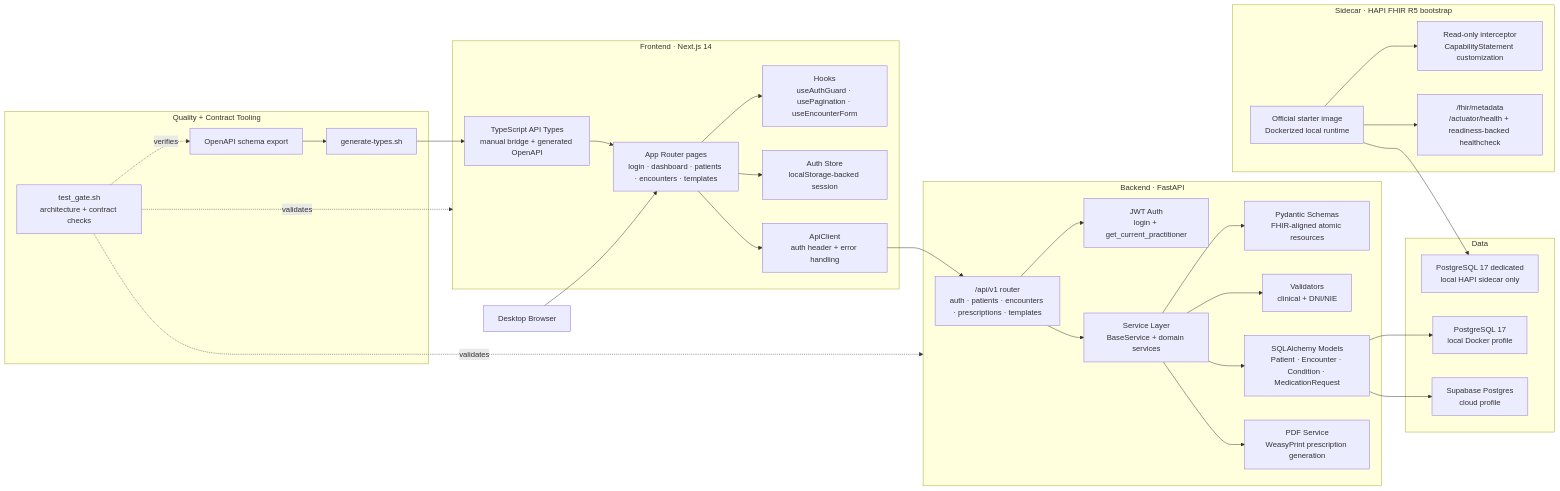
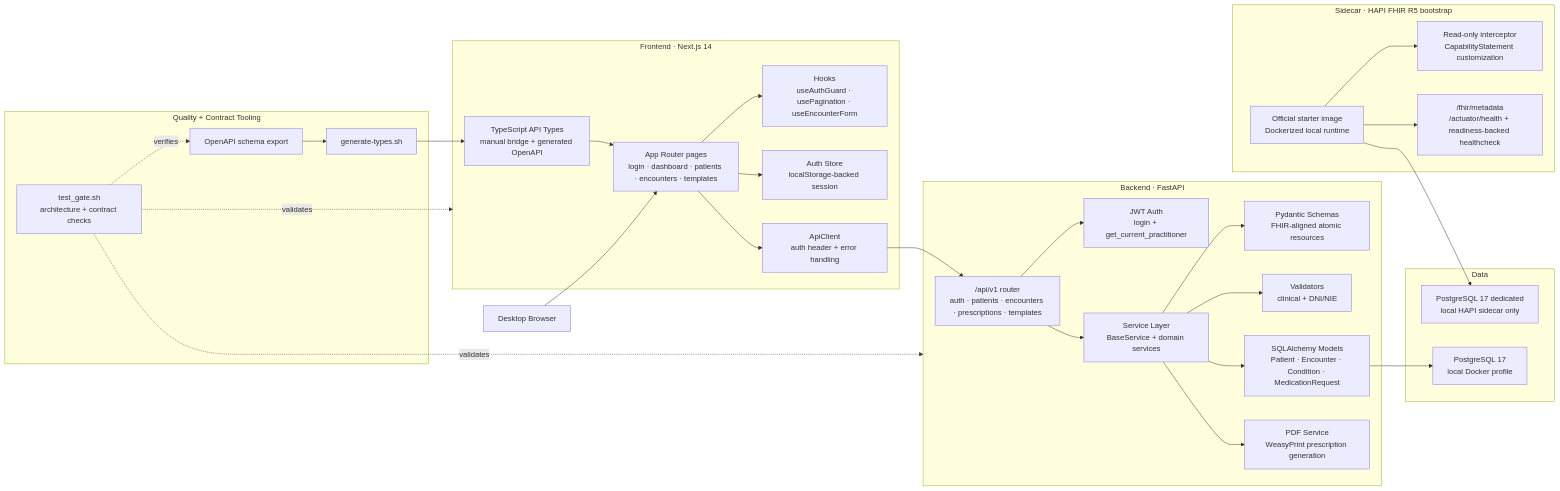
One commit to AIOjPINEDA/EHR_Local changed the second of 2 diagrams in docs/architecture/overview.md. Above: the diagram before and after it, drawn with Mermaid. The commit also changed other lines of this file and 30 other files, not shown here.

````diff
--- a/docs/architecture/overview.md
+++ b/docs/architecture/overview.md
@@ -46,65 +44,63 @@
 ```mermaid
 flowchart LR
     Browser["Desktop Browser"]
 
     subgraph Frontend["Frontend · Next.js 14"]
         Pages["App Router pages\nlogin · dashboard · patients · encounters · templates"]
         Hooks["Hooks\nuseAuthGuard · usePagination · useEncounterForm"]
         Store["Auth Store\nlocalStorage-backed session"]
         ApiClient["ApiClient\nauth header + error handling"]
         Types["TypeScript API Types\nmanual bridge + generated OpenAPI"]
     end
 
     subgraph Backend["Backend · FastAPI"]
         Router["/api/v1 router\nauth · patients · encounters · prescriptions · templates"]
         Auth["JWT Auth\nlogin + get_current_practitioner"]
         Services["Service Layer\nBaseService + domain services"]
         Schemas["Pydantic Schemas\nFHIR-aligned atomic resources"]
         Models["SQLAlchemy Models\nPatient · Encounter · Condition · MedicationRequest"]
         Validators["Validators\nclinical + DNI/NIE"]
         PdfService["PDF Service\nWeasyPrint prescription generation"]
     end
 
     subgraph Sidecar["Sidecar · HAPI FHIR R5 bootstrap"]
         Starter["Official starter image\nDockerized local runtime"]
         Overlay["Read-only interceptor\nCapabilityStatement customization"]
         Ops["/fhir/metadata\n/actuator/health + readiness-backed healthcheck"]
     end
 
     subgraph Data["Data"]
         LocalPG["PostgreSQL 17\nlocal Docker profile"]
-        SupabasePG["Supabase Postgres\ncloud profile"]
         HapiPG["PostgreSQL 17 dedicated\nlocal HAPI sidecar only"]
     end
 
     subgraph Tooling["Quality + Contract Tooling"]
         OpenAPI["OpenAPI schema export"]
         TypeGen["generate-types.sh"]
         Gate["test_gate.sh\narchitecture + contract checks"]
     end
 
     Browser --> Pages
     Pages --> Hooks
     Pages --> Store
     Pages --> ApiClient
     ApiClient --> Router
     Types --> Pages
     OpenAPI --> TypeGen
     TypeGen --> Types
 
     Router --> Auth
     Router --> Services
     Services --> Schemas
     Services --> Validators
     Services --> Models
     Services --> PdfService
     Models --> LocalPG
-    Models --> SupabasePG
     Starter --> Overlay
     Starter --> Ops
     Starter --> HapiPG
 
     Gate -. validates .-> Frontend
     Gate -. validates .-> Backend
     Gate -. verifies .-> OpenAPI
 ```
````
